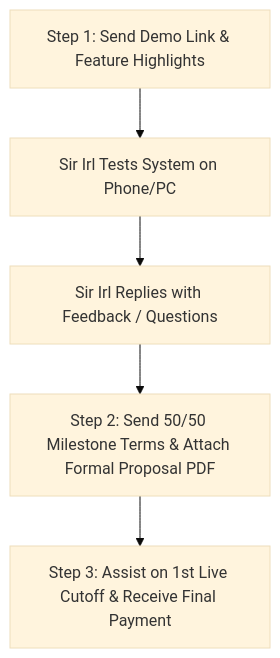
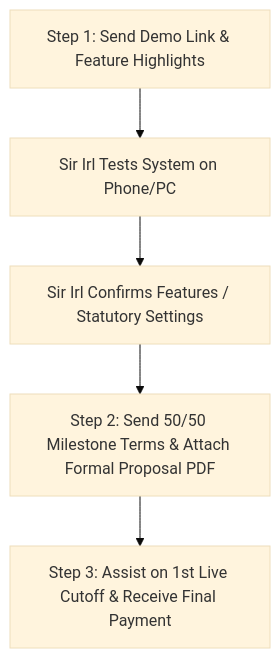
Before and after one commit to jasonvelasquez1410/rons-chicken-payroll: the second of 2 diagrams in project.md, drawn with Mermaid (base theme). The commit also changed other lines of this file, not shown here.

Commit message:
docs: update project.md with Firebase sync, statutory deduction rules, and restart checklist

````diff
--- a/project.md
+++ b/project.md
@@ -64,7 +84,7 @@
 ```mermaid
 graph TD
     A[Step 1: Send Demo Link & Feature Highlights] --> B[Sir Irl Tests System on Phone/PC]
-    B --> C[Sir Irl Replies with Feedback / Questions]
+    B --> C[Sir Irl Confirms Features / Statutory Settings]
     C --> D[Step 2: Send 50/50 Milestone Terms & Attach Formal Proposal PDF]
     D --> E[Step 3: Assist on 1st Live Cutoff & Receive Final Payment]
 ```
````
